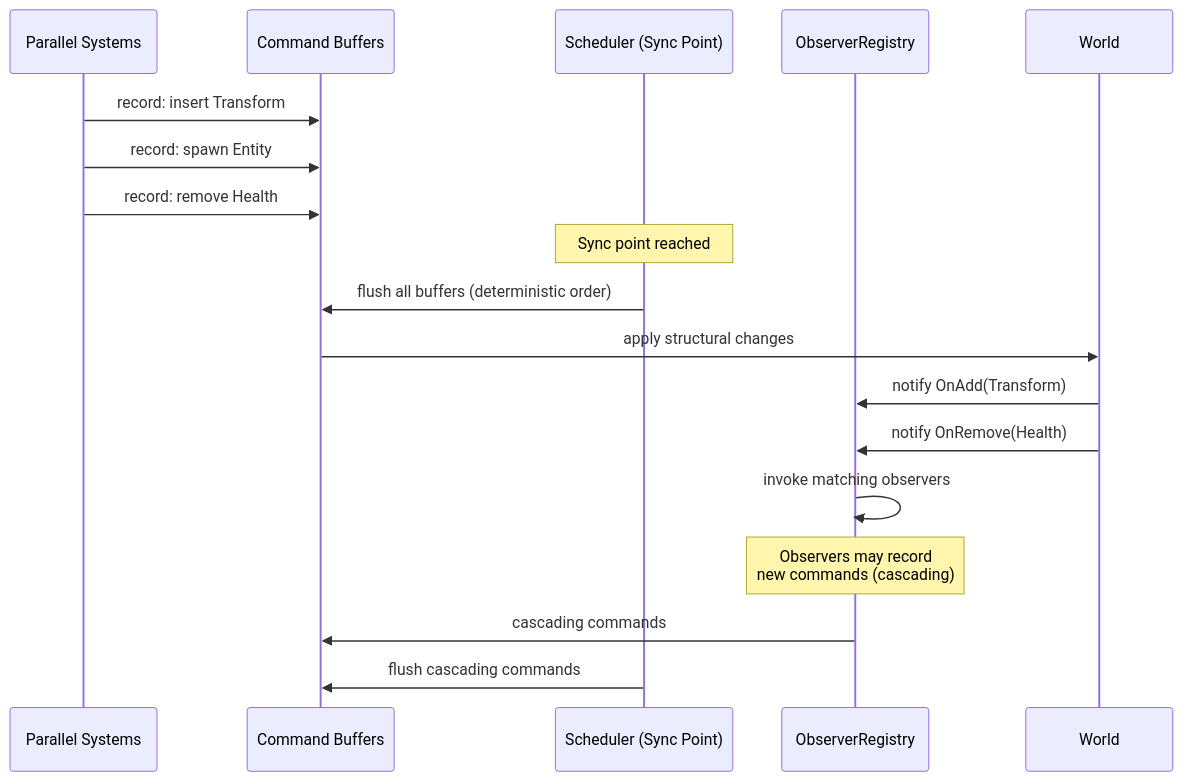
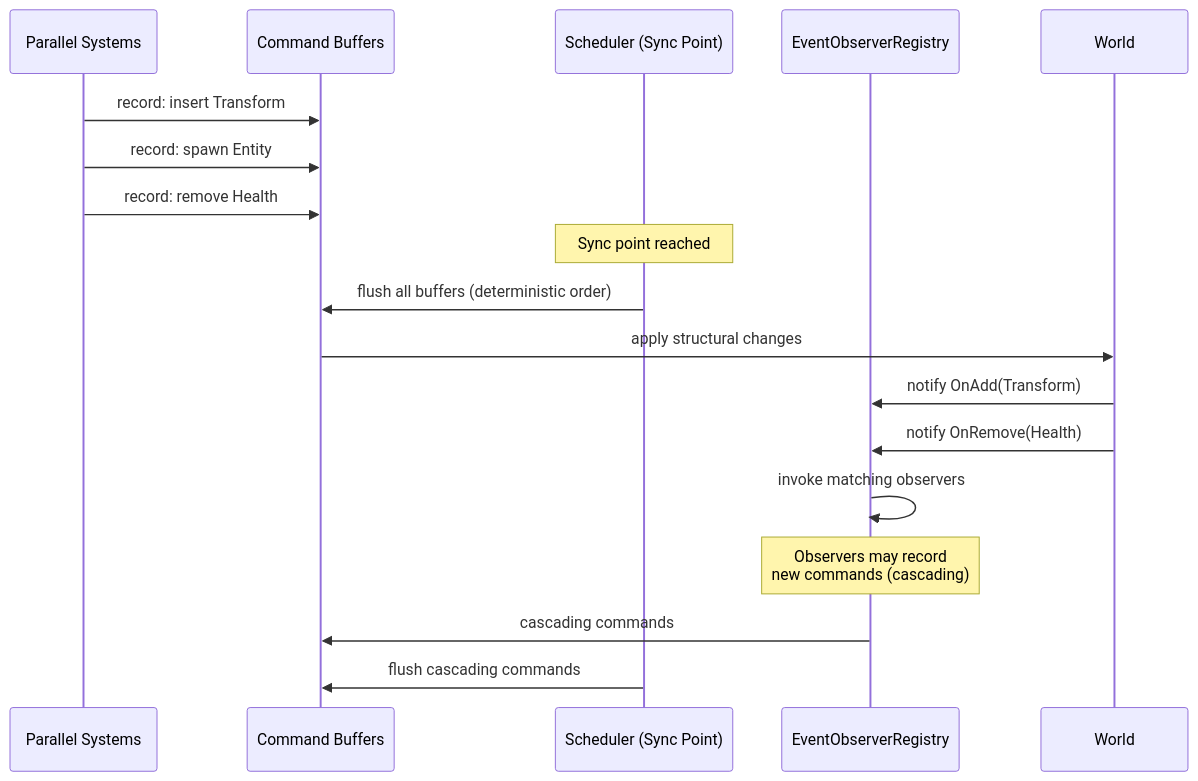
One commit to harmonius-dev/harmonius changed the third of 9 diagrams in docs/design/core-runtime/events-plugins.md. Above: the diagram before and after it, drawn with Mermaid. The commit also changed other lines of this file and 143 other files, not shown here.

````diff
--- a/docs/design/core-runtime/events-plugins.md
+++ b/docs/design/core-runtime/events-plugins.md
@@ -194,22 +207,22 @@
 ```mermaid
 sequenceDiagram
     participant S as Parallel Systems
     participant CB as Command Buffers
     participant SC as Scheduler (Sync Point)
-    participant OR as ObserverRegistry
+    participant OR as EventObserverRegistry
     participant W as World
 
     S->>CB: record: insert Transform
     S->>CB: record: spawn Entity
     S->>CB: record: remove Health
 
     Note over SC: Sync point reached
     SC->>CB: flush all buffers (deterministic order)
     CB->>W: apply structural changes
     W->>OR: notify OnAdd(Transform)
     W->>OR: notify OnRemove(Health)
     OR->>OR: invoke matching observers
     Note over OR: Observers may record<br/>new commands (cascading)
     OR->>CB: cascading commands
     SC->>CB: flush cascading commands
 ```
````
